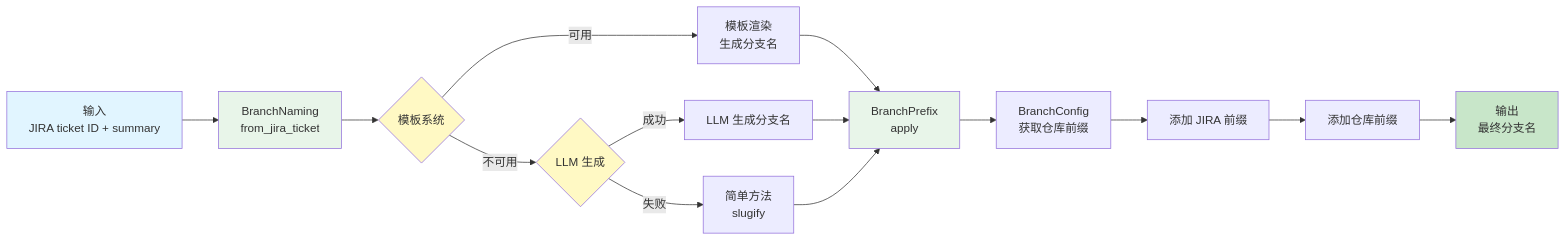
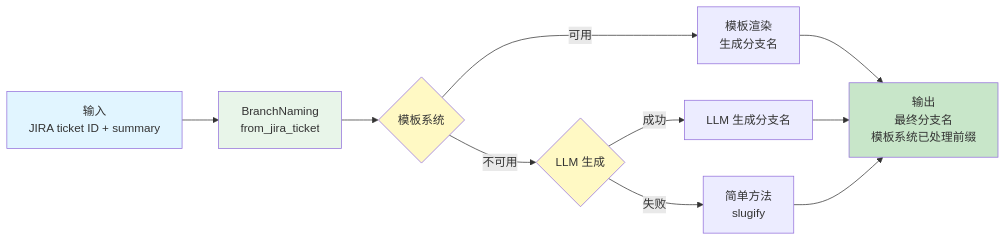
The second of 3 diagrams in docs/architecture/lib/BRANCH_ARCHITECTURE.md (zevwings/workflow.rs), drawn with Mermaid before and after one commit. The commit also changed other lines of this file and 58 other files, not shown here.

````diff
--- a/docs/architecture/lib/BRANCH_ARCHITECTURE.md
+++ b/docs/architecture/lib/BRANCH_ARCHITECTURE.md
@@ -371,27 +296,21 @@
 ```mermaid
 flowchart LR
     Input[输入<br/>JIRA ticket ID + summary] --> Naming[BranchNaming<br/>from_jira_ticket]
 
     Naming --> Template{模板系统}
     Template -->|可用| TemplateRender[模板渲染<br/>生成分支名]
     Template -->|不可用| LLM{LLM 生成}
 
     LLM -->|成功| LLMResult[LLM 生成分支名]
     LLM -->|失败| Simple[简单方法<br/>slugify]
 
-    TemplateRender --> Prefix[BranchPrefix<br/>apply]
-    LLMResult --> Prefix
-    Simple --> Prefix
-
-    Prefix --> Config[BranchConfig<br/>获取仓库前缀]
-    Config --> JiraPrefix[添加 JIRA 前缀]
-    JiraPrefix --> RepoPrefix[添加仓库前缀]
-    RepoPrefix --> Output[输出<br/>最终分支名]
+    TemplateRender --> Output[输出<br/>最终分支名<br/>模板系统已处理前缀]
+    LLMResult --> Output
+    Simple --> Output
 
     style Input fill:#e1f5ff
     style Naming fill:#e8f5e9
     style Template fill:#fff9c4
     style LLM fill:#fff9c4
-    style Prefix fill:#e8f5e9
     style Output fill:#c8e6c9
 ```
````
